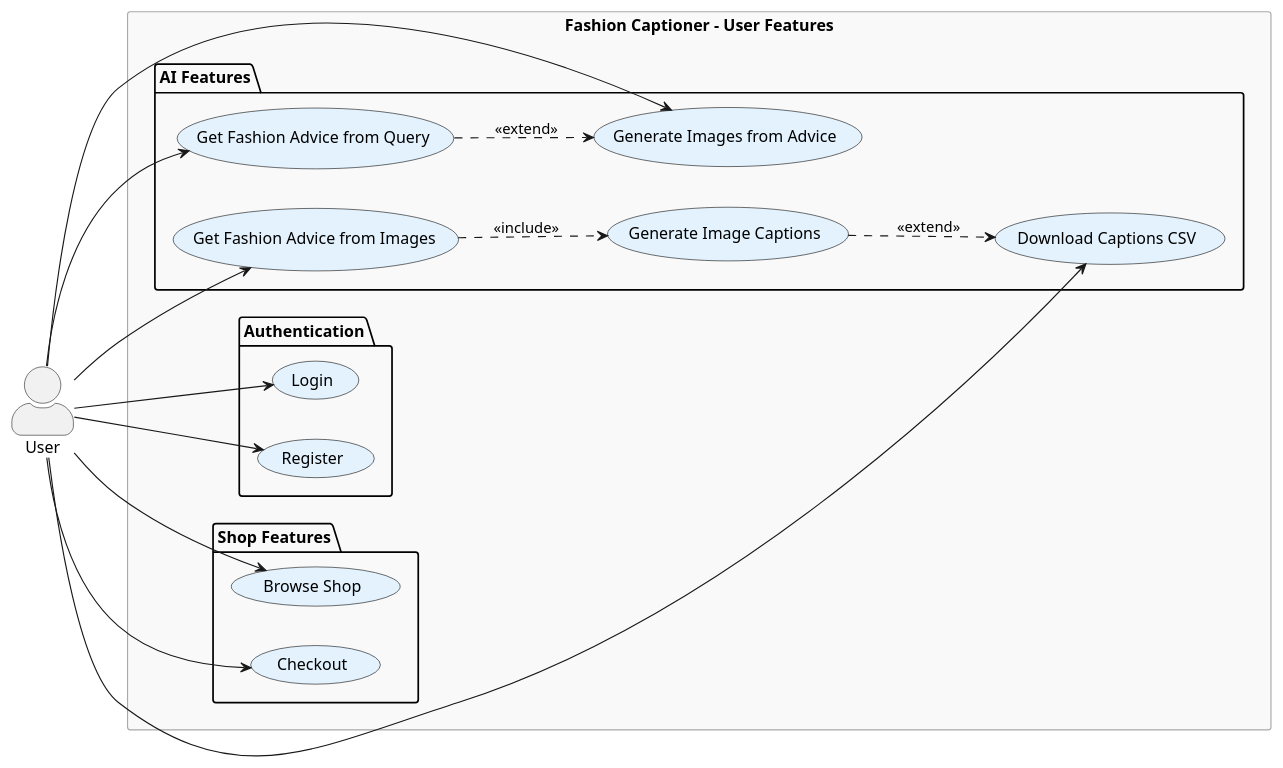
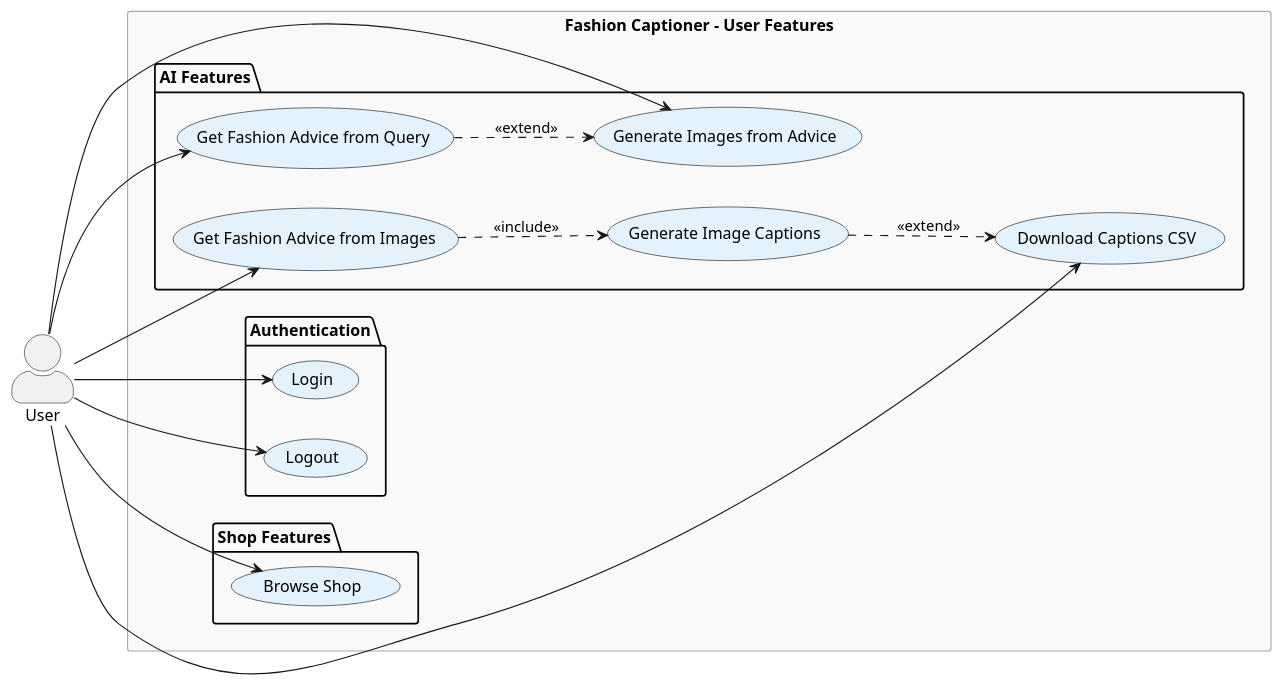
The diagram in src/main/resources/templates/User_Features_Wide.puml (colorful8324/fashion-captioner), drawn with PlantUML before and after one commit. The commit also changed 12 other files, not shown here.

```diff
--- a/src/main/resources/templates/User_Features_Wide.puml
+++ b/src/main/resources/templates/User_Features_Wide.puml
@@ -1,55 +1,53 @@
 @startuml User_Features_Wide
 
 skinparam actorStyle awesome
 skinparam usecaseStyle roundbox
 skinparam usecase {
   BackgroundColor #E3F2FD
   BorderColor Black
 }
 skinparam rectangle {
   BackgroundColor #F9F9F9
   BorderColor DarkGray
 }
 
 left to right direction
 
 ' Actors
 actor User as "User"
 
 rectangle "Fashion Captioner - User Features" {
 
     package "Authentication" {
         usecase "Login" as UC1
-        usecase "Register" as UC2
+        usecase "Logout" as UC2
     }
 
     package "Shop Features" {
         usecase "Browse Shop" as UC3
-        usecase "Checkout" as UC6
     }
 
     package "AI Features" {
         usecase "Generate Image Captions" as UC7
         usecase "Download Captions CSV" as UC10
         usecase "Get Fashion Advice from Images" as UC8
         usecase "Get Fashion Advice from Query" as UC9
         usecase "Generate Images from Advice" as UC15
     }
 }
 
 ' Relationships - User
 User --> UC1
 User --> UC2
 User --> UC3
-User --> UC6
 User --> UC8
 User --> UC9
 User --> UC10
 User --> UC15
 
 ' Dependencies
 UC7 ..> UC10 : <<extend>>
 UC8 ..> UC7 : <<include>>
 UC9 ..> UC15 : <<extend>>
 
 @enduml 
```
